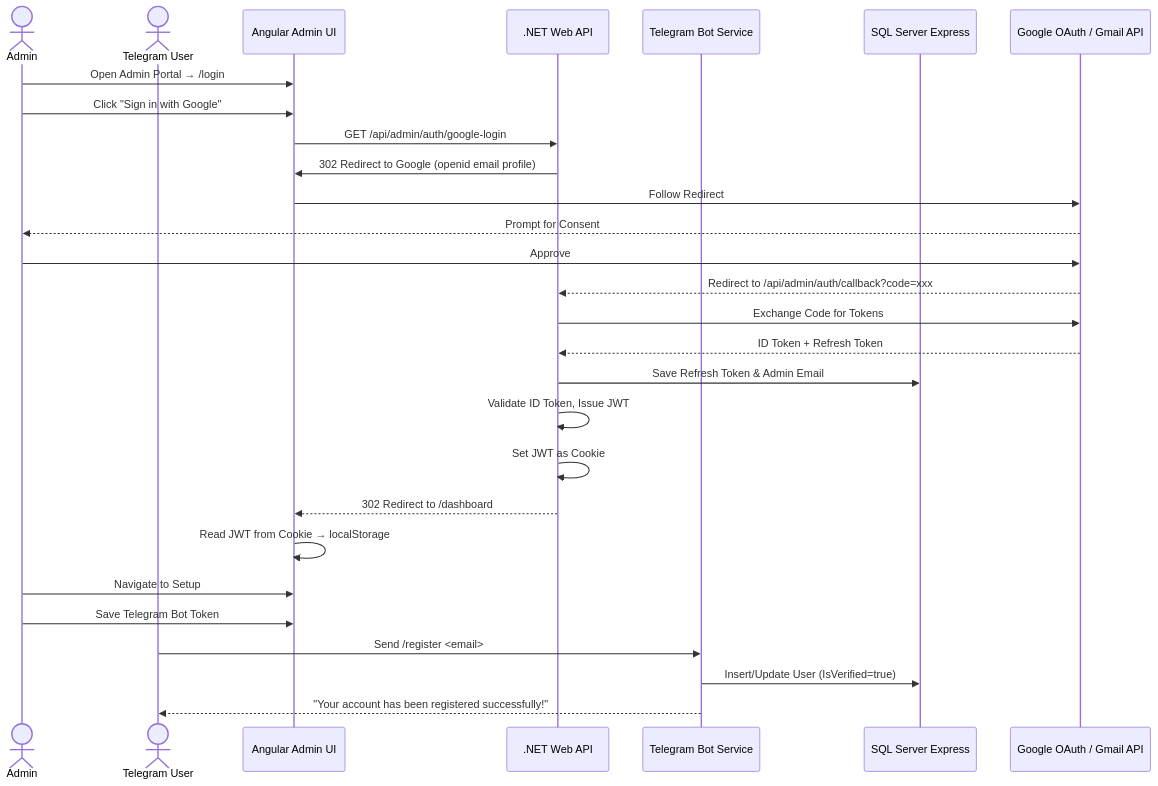
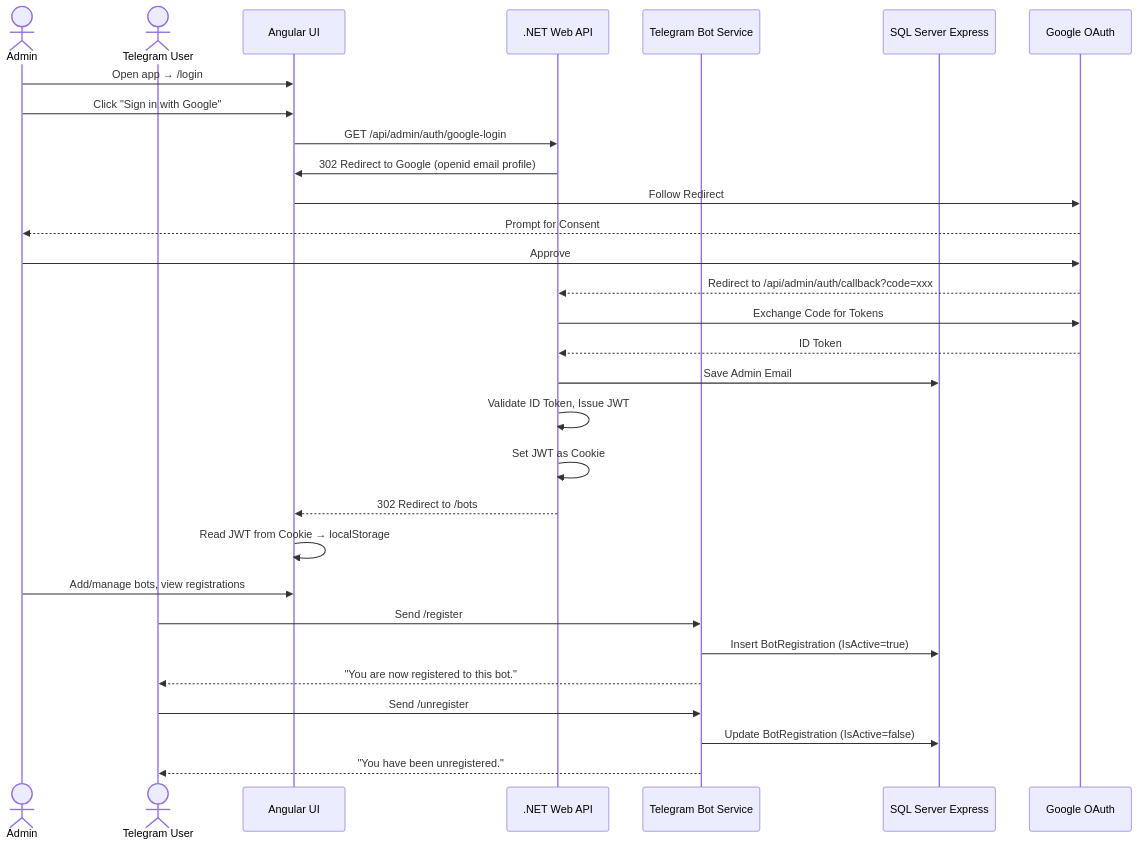
The diagram in readme.md (mayurjp/RemoteAssistant), drawn with Mermaid before and after one commit. The commit also changed other lines of this file and 17 other files, not shown here.

First line of the commit message:
Refactor dashboard and setup components; update routing and styles

````diff
--- a/readme.md
+++ b/readme.md
@@ -9,33 +9,36 @@
 ```mermaid
 sequenceDiagram
     actor Admin
     actor User as Telegram User
-    participant Angular as Angular Admin UI
+    participant Angular as Angular UI
     participant WebApi as .NET Web API
     participant Worker as Telegram Bot Service
     participant DB as SQL Server Express
-    participant Google as Google OAuth / Gmail API
+    participant Google as Google OAuth
 
-    Admin->>Angular: Open Admin Portal → /login
+    Admin->>Angular: Open app → /login
     Admin->>Angular: Click "Sign in with Google"
     Angular->>WebApi: GET /api/admin/auth/google-login
     WebApi->>Angular: 302 Redirect to Google (openid email profile)
     Angular->>Google: Follow Redirect
     Google-->>Admin: Prompt for Consent
     Admin->>Google: Approve
     Google-->>WebApi: Redirect to /api/admin/auth/callback?code=xxx
     WebApi->>Google: Exchange Code for Tokens
-    Google-->>WebApi: ID Token + Refresh Token
-    WebApi->>DB: Save Refresh Token & Admin Email
+    Google-->>WebApi: ID Token
+    WebApi->>DB: Save Admin Email
     WebApi->>WebApi: Validate ID Token, Issue JWT
     WebApi->>WebApi: Set JWT as Cookie
-    WebApi-->>Angular: 302 Redirect to /dashboard
+    WebApi-->>Angular: 302 Redirect to /bots
     Angular->>Angular: Read JWT from Cookie → localStorage
 
-    Admin->>Angular: Navigate to Setup
-    Admin->>Angular: Save Telegram Bot Token
+    Admin->>Angular: Add/manage bots, view registrations
 
-    User->>Worker: Send /register <email>
-    Worker->>DB: Insert/Update User (IsVerified=true)
-    Worker-->>User: "Your account has been registered successfully!"
+    User->>Worker: Send /register
+    Worker->>DB: Insert BotRegistration (IsActive=true)
+    Worker-->>User: "You are now registered to this bot."
+
+    User->>Worker: Send /unregister
+    Worker->>DB: Update BotRegistration (IsActive=false)
+    Worker-->>User: "You have been unregistered."
 ```
````
